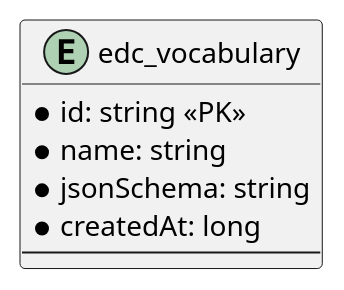
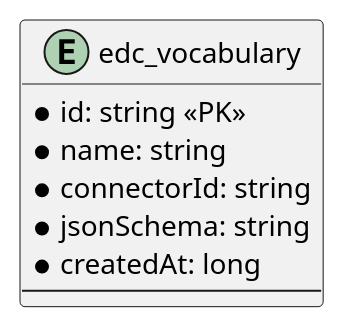
Before and after one commit to oeg-upm/inesdata-connector: the diagram in extensions/vocabulary-index-sql/docs/er.puml, drawn with PlantUML. The commit also changed 37 other files, not shown here.

```diff
--- a/extensions/vocabulary-index-sql/docs/er.puml
+++ b/extensions/vocabulary-index-sql/docs/er.puml
@@ -1,9 +1,10 @@
 @startuml
 entity edc_vocabulary {
   * id: string <<PK>>
   * name: string
+  * connectorId: string
   * jsonSchema: string
   * createdAt: long
   --
 }
 @enduml
```
